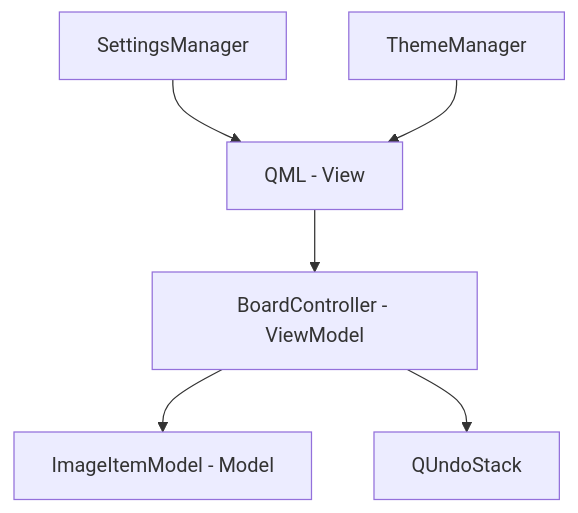
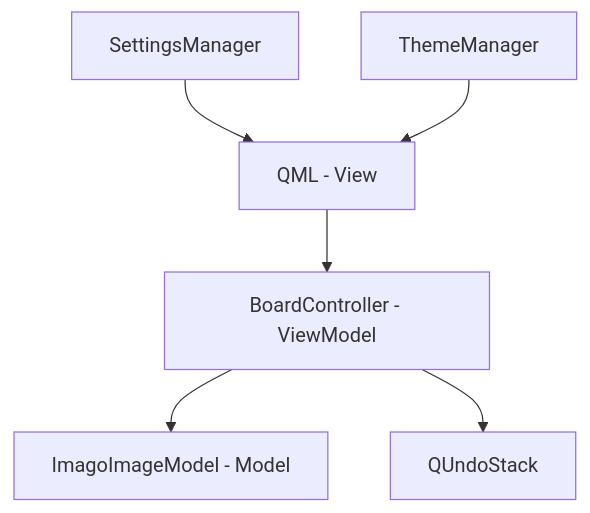
One commit to Hemaxa/ImagoRef changed the first of 5 diagrams in docs/spravka_po_kodu.md. Above: the diagram before and after it, drawn with Mermaid. The commit also changed other lines of this file and 21 other files, not shown here.

````diff
--- a/docs/spravka_po_kodu.md
+++ b/docs/spravka_po_kodu.md
@@ -20,8 +20,8 @@
 ```mermaid
 graph TD
     A[QML - View] --> B[BoardController - ViewModel]
-    B --> C[ImageItemModel - Model]
+    B --> C[ImagoImageModel - Model]
     B --> D[QUndoStack]
     E[SettingsManager] --> A
     F[ThemeManager] --> A
 ```
````
